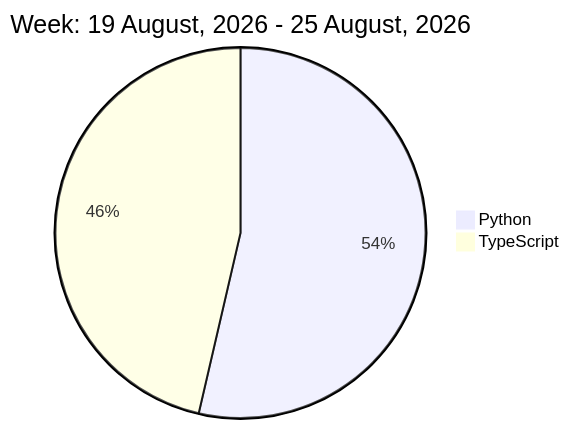
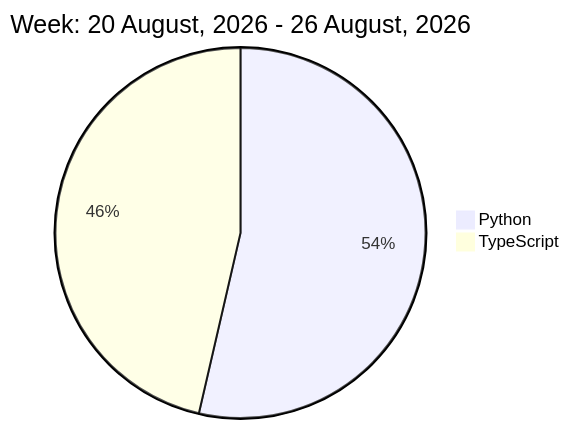
The diagram in README.md (liubin95/liubin95), drawn with Mermaid before and after one commit.

Commit message:
Updated the Graph with new Metrics

````diff
--- a/README.md
+++ b/README.md
@@ -32,6 +32,6 @@
 ```mermaid
  pie
-title Week: 19 August, 2026 - 25 August, 2026
- "Python" : 3.18
- "TypeScript" : 2.75
+title Week: 20 August, 2026 - 26 August, 2026
+ "Python" : 2.45
+ "TypeScript" : 2.12
 ```
````
